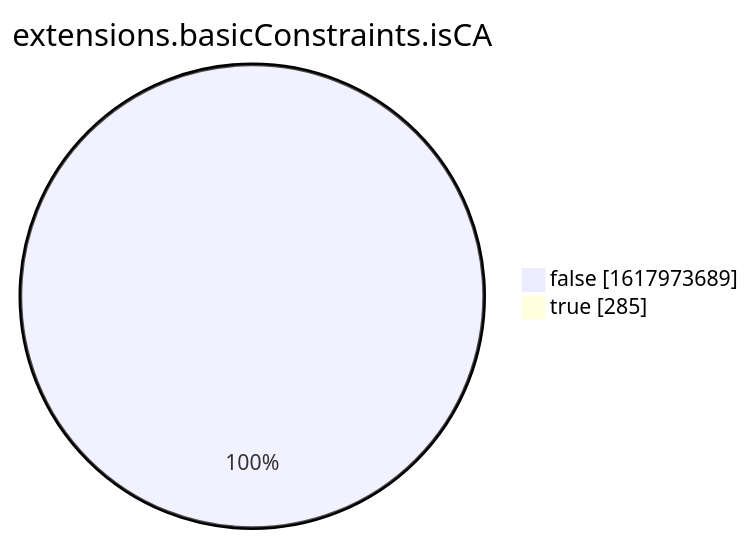
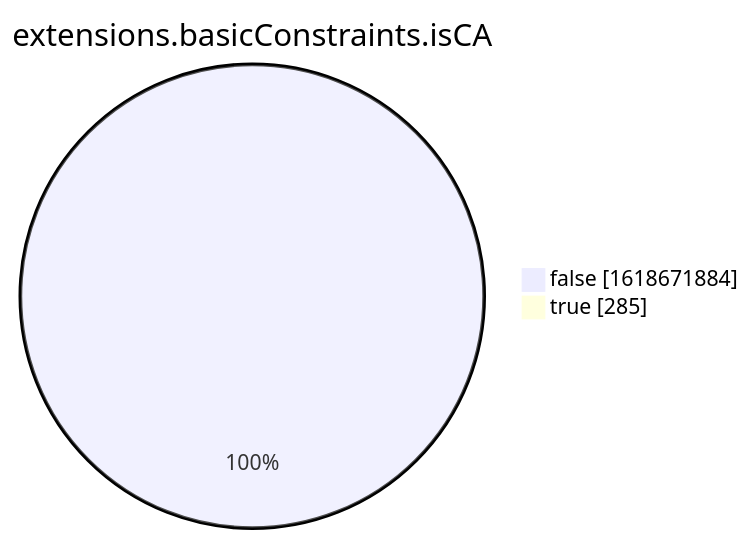
The eighth of 15 diagrams in xenon2022/README.md (christiankrug/ctmonitor_visualization), drawn with Mermaid before and after one commit. The commit also changed other lines of this file, not shown here.

````diff
--- a/xenon2022/README.md
+++ b/xenon2022/README.md
@@ -2863,6 +2863,6 @@
 ```mermaid
 pie showData
 title extensions.basicConstraints.isCA
-"false" :1617973689
+"false" :1618671884
 "true" :285
 ```
````
